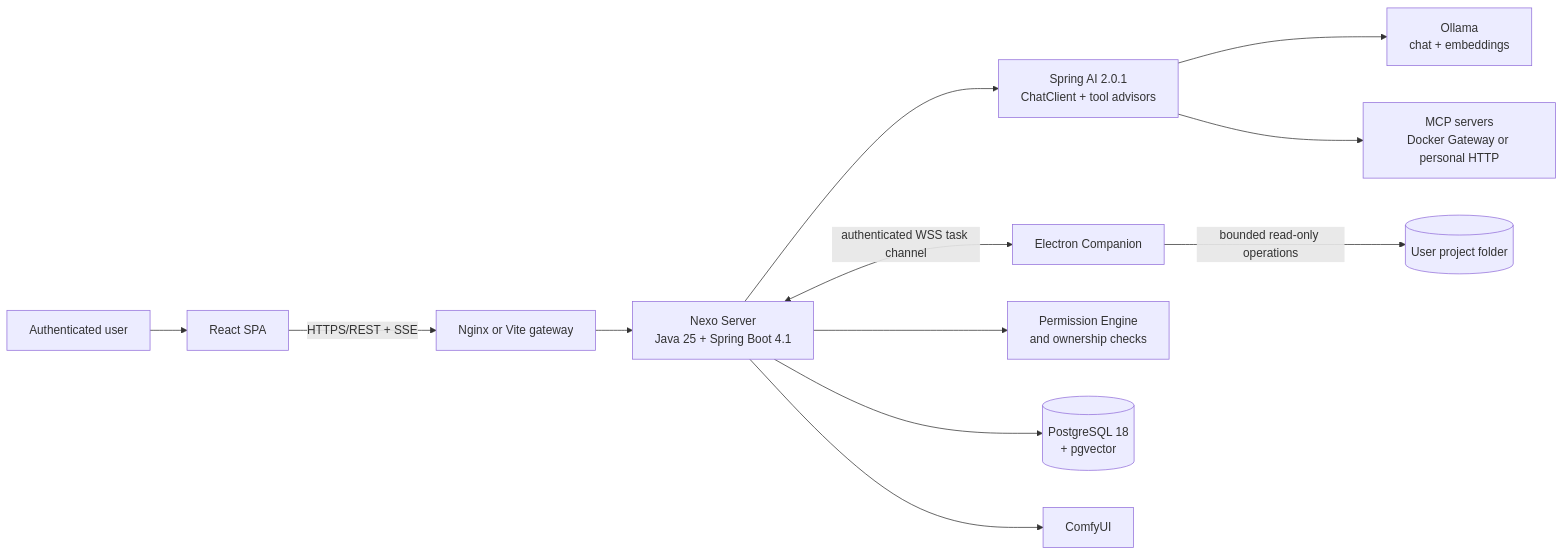
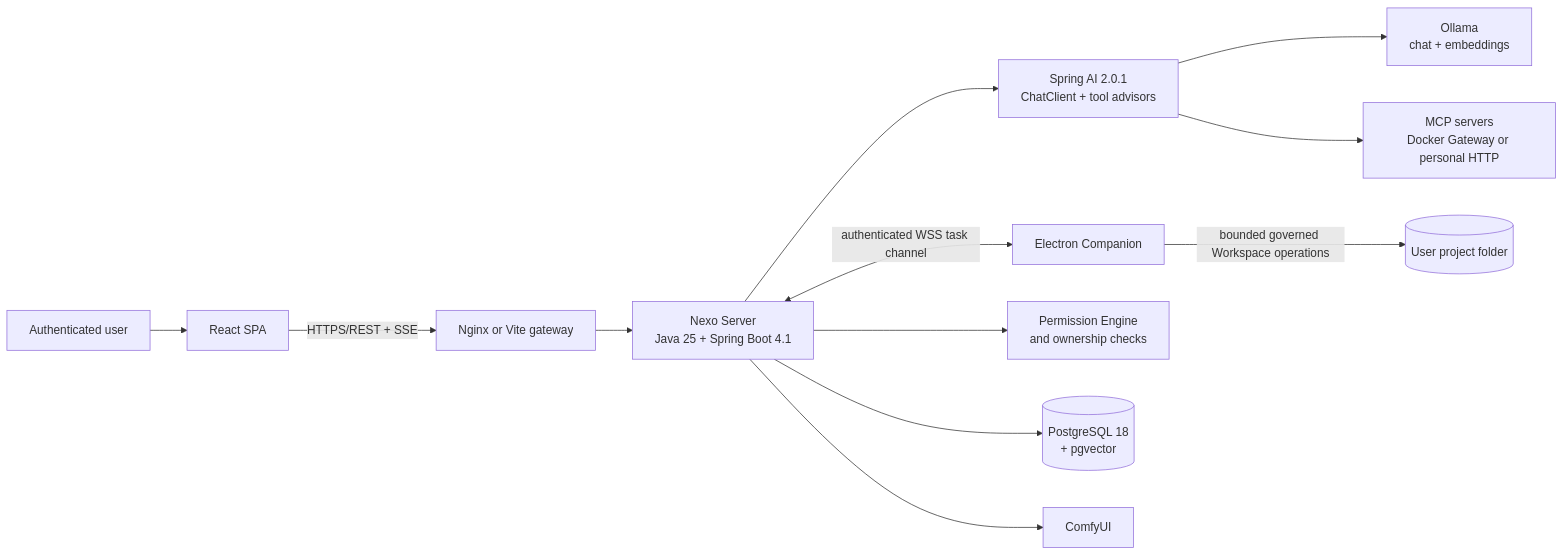
One commit to SamuckqaDev/nexo-ia changed the first of 7 diagrams in docs/ARCHITECTURE_OVERVIEW.md. Above: the diagram before and after it, drawn with Mermaid. The commit also changed other lines of this file and 34 other files, not shown here.

Commit message:
feat(agent): execute governed workspace file writes

````diff
--- a/docs/ARCHITECTURE_OVERVIEW.md
+++ b/docs/ARCHITECTURE_OVERVIEW.md
@@ -19,27 +19,27 @@
 ```mermaid
 flowchart LR
   Person[Authenticated user]
   Browser[React SPA]
   Desktop[Electron Companion]
   Edge[Nginx or Vite gateway]
   Server[Nexo Server\nJava 25 + Spring Boot 4.1]
   Agent[Spring AI 2.0.1\nChatClient + tool advisors]
   Policy[Permission Engine\nand ownership checks]
   Data[(PostgreSQL 18\n+ pgvector)]
   Ollama[Ollama\nchat + embeddings]
   MCP[MCP servers\nDocker Gateway or personal HTTP]
   Comfy[ComfyUI]
   Project[(User project folder)]
 
   Person --> Browser
   Browser -->|HTTPS/REST + SSE| Edge
   Edge --> Server
   Server --> Policy
   Server --> Agent
   Agent --> Ollama
   Agent --> MCP
   Server --> Data
   Server --> Comfy
   Server <-->|authenticated WSS task channel| Desktop
-  Desktop -->|bounded read-only operations| Project
+  Desktop -->|bounded governed Workspace operations| Project
 ```
````
